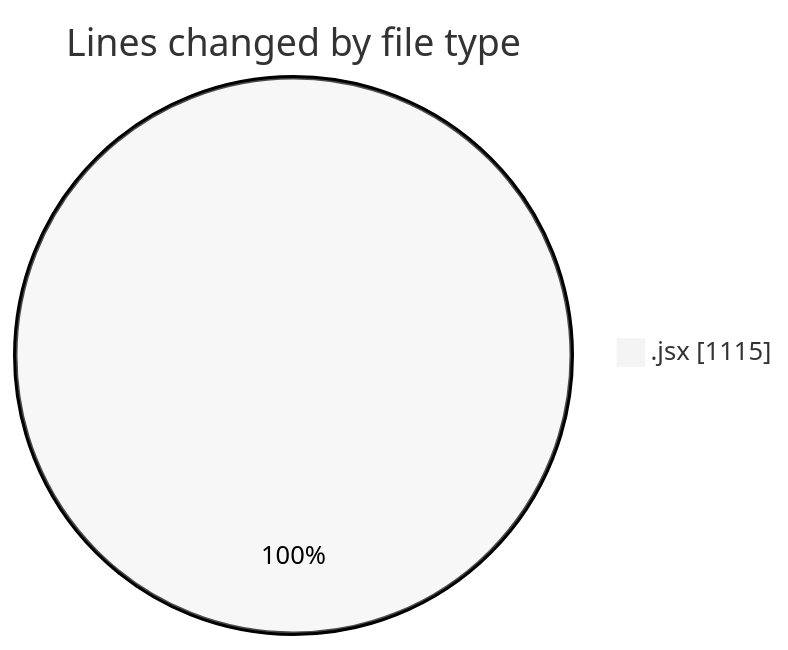
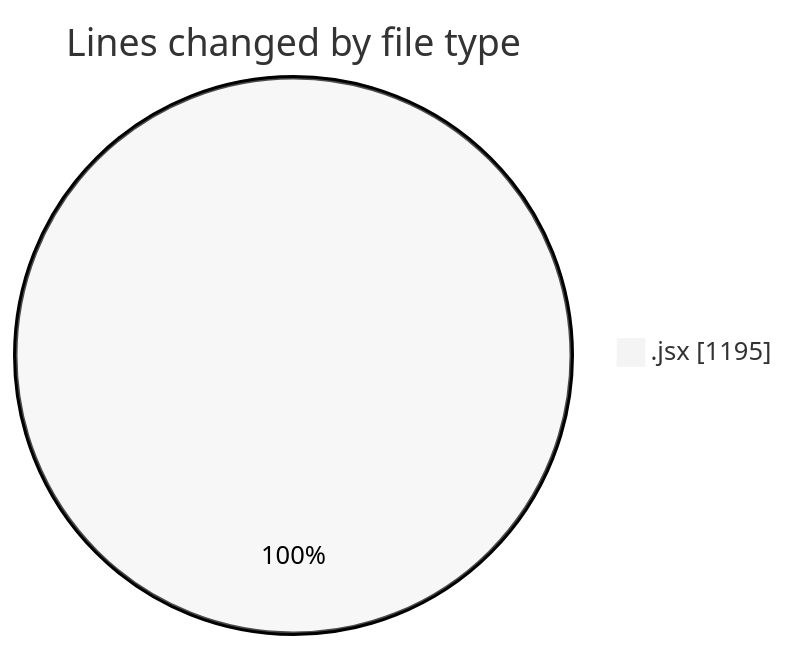
The first of 2 diagrams in 2025-05-05/nxtqube_webapp/README.md (nxtqubesakshisongat/code-tracking), drawn with Mermaid (neutral theme) before and after one commit. The commit also changed other lines of this file and 1 other file, not shown here.

````diff
--- a/2025-05-05/nxtqube_webapp/README.md
+++ b/2025-05-05/nxtqube_webapp/README.md
@@ -20,5 +20,5 @@
 ```mermaid
 pie showData
 title Lines changed by file type
-".jsx" : 1115
+".jsx" : 1195
 ```
````
